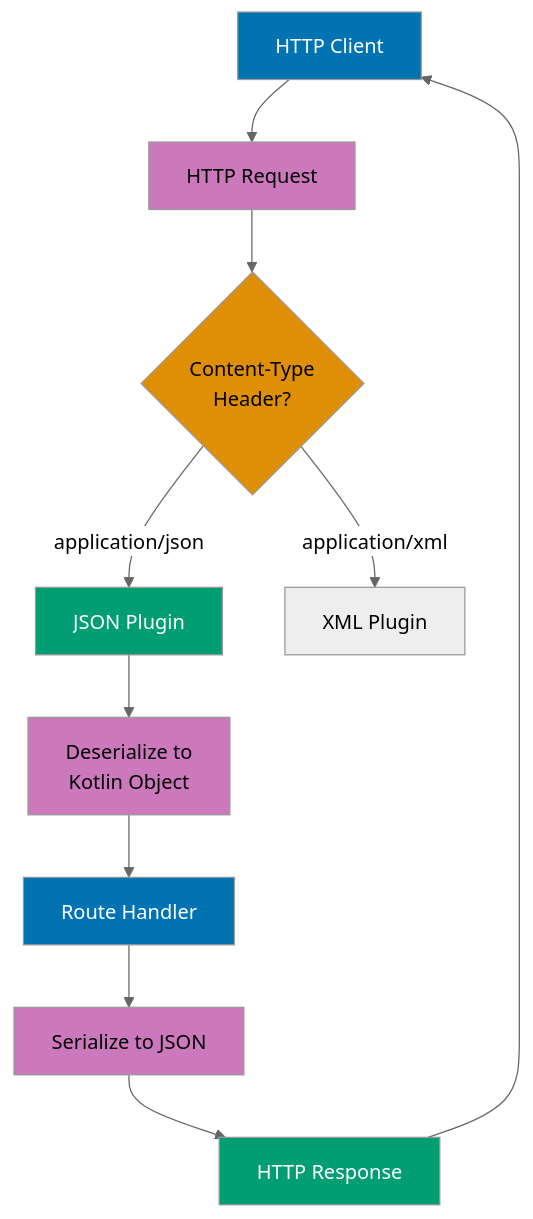
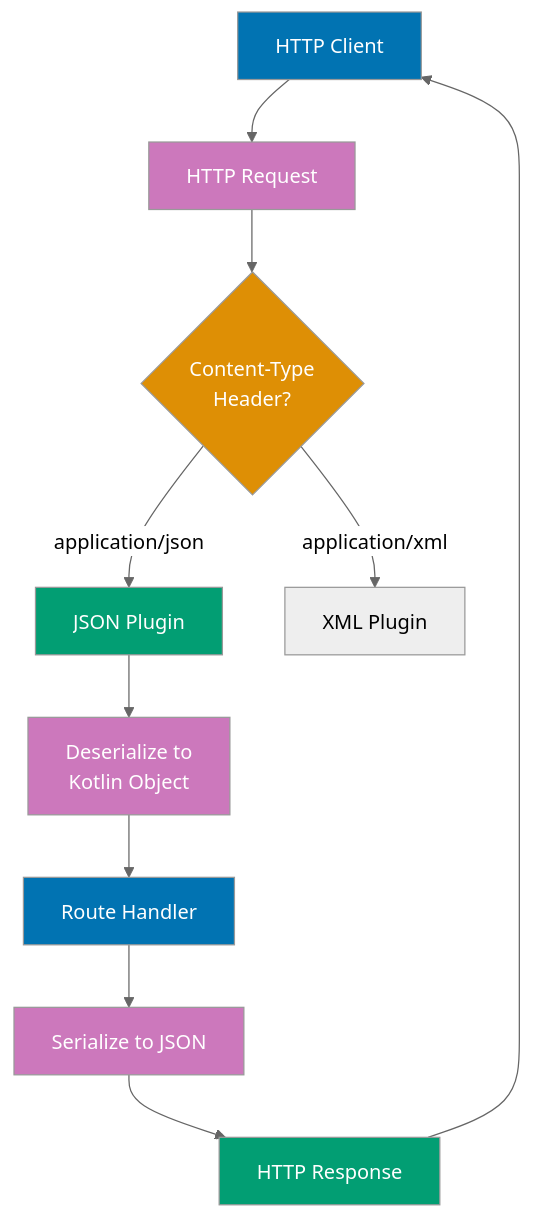
One commit to wahidyankf/open-sharia-enterprise changed the eighth of 22 diagrams in apps/ayokoding-web/content/en/learn/software-engineering/programming-languages/kotlin/by-example/advanced.md. Above: the diagram before and after it, drawn with Mermaid (neutral theme). The commit also changed other lines of this file and 61 other files, not shown here.

First line of the commit message:
fix(ayokoding-web): quote Mermaid node labels with special characters in Example 63

````diff
--- a/apps/ayokoding-web/content/en/learn/software-engineering/programming-languages/kotlin/by-example/advanced.md
+++ b/apps/ayokoding-web/content/en/learn/software-engineering/programming-languages/kotlin/by-example/advanced.md
@@ -2057,22 +2057,22 @@
 ```mermaid
 %% Color Palette: Blue #0173B2, Orange #DE8F05, Teal #029E73, Purple #CC78BC, Brown #CA9161
 graph TD
     Client[HTTP Client] --> Request[HTTP Request]
     Request --> Header{Content-Type<br/>Header?}
     Header -->|application/json| JSON[JSON Plugin]
     Header -->|application/xml| XML[XML Plugin]
     JSON --> Deserialize[Deserialize to<br/>Kotlin Object]
     Deserialize --> Handler[Route Handler]
     Handler --> Serialize[Serialize to JSON]
     Serialize --> Response[HTTP Response]
     Response --> Client
 
     style Client fill:#0173B2,color:#fff
-    style Request fill:#CC78BC,color:#000
-    style Header fill:#DE8F05,color:#000
+    style Request fill:#CC78BC,color:#fff
+    style Header fill:#DE8F05,color:#fff
     style JSON fill:#029E73,color:#fff
-    style Deserialize fill:#CC78BC,color:#000
+    style Deserialize fill:#CC78BC,color:#fff
     style Handler fill:#0173B2,color:#fff
-    style Serialize fill:#CC78BC,color:#000
+    style Serialize fill:#CC78BC,color:#fff
     style Response fill:#029E73,color:#fff
 ```
````
